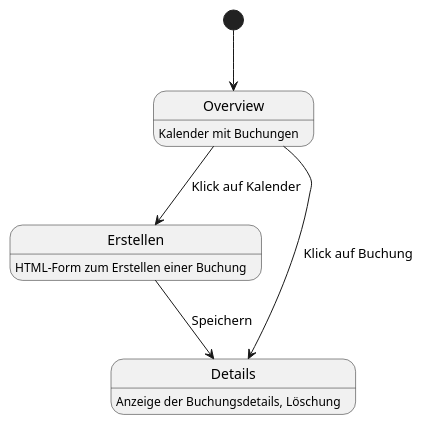
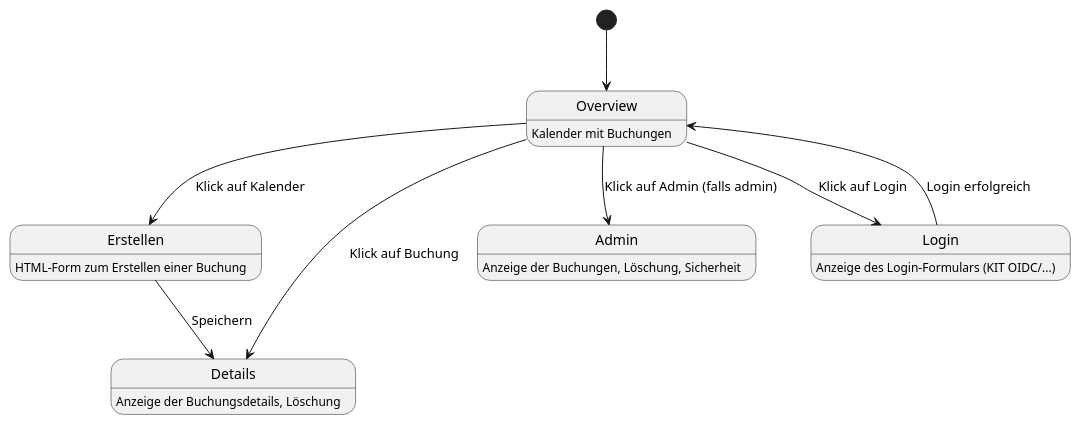
One commit to Solidarische-Raumnutzung/solidarische-raumnutzung changed the diagram in diagrams.md. Above: the diagram before and after it, drawn with PlantUML. The commit also changed other lines of this file, not shown here.

Commit message:
chore: add auth flows to diagram

````diff
--- a/diagrams.md
+++ b/diagrams.md
@@ -1,9 +2,14 @@
 ```plantuml
 [*] --> Overview
 Overview : Kalender mit Buchungen
 Overview --> Erstellen : Klick auf Kalender
 Erstellen: HTML-Form zum Erstellen einer Buchung
 Erstellen --> Details : Speichern
 Details: Anzeige der Buchungsdetails, Löschung
 Overview --> Details : Klick auf Buchung
+Overview --> Admin : Klick auf Admin (falls admin)
+Admin: Anzeige der Buchungen, Löschung, Sicherheit
+Overview --> Login : Klick auf Login
+Login: Anzeige des Login-Formulars (KIT OIDC/...)
+Login --> Overview : Login erfolgreich
 ```
````
